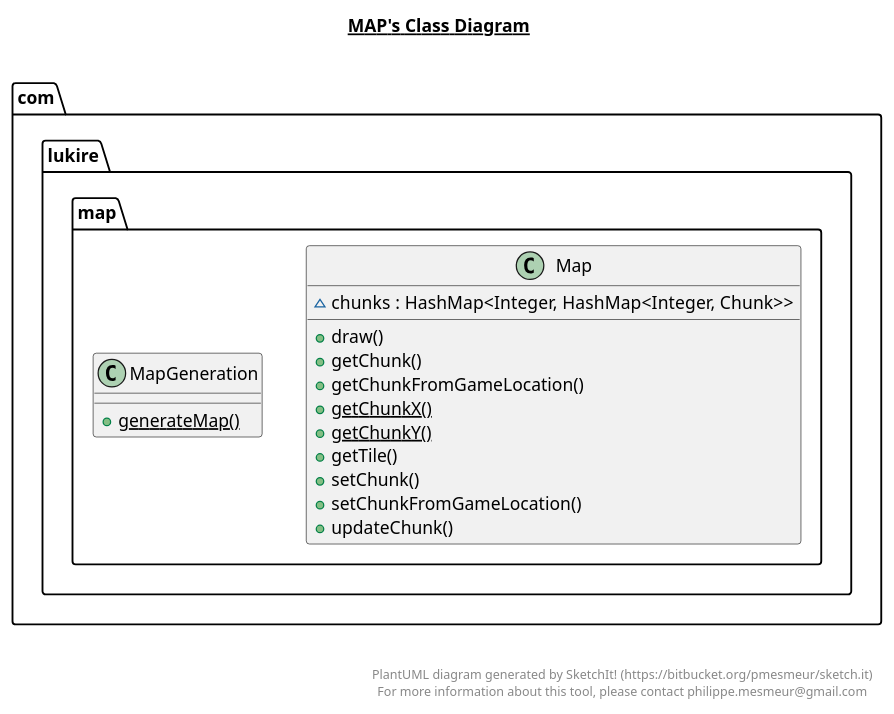
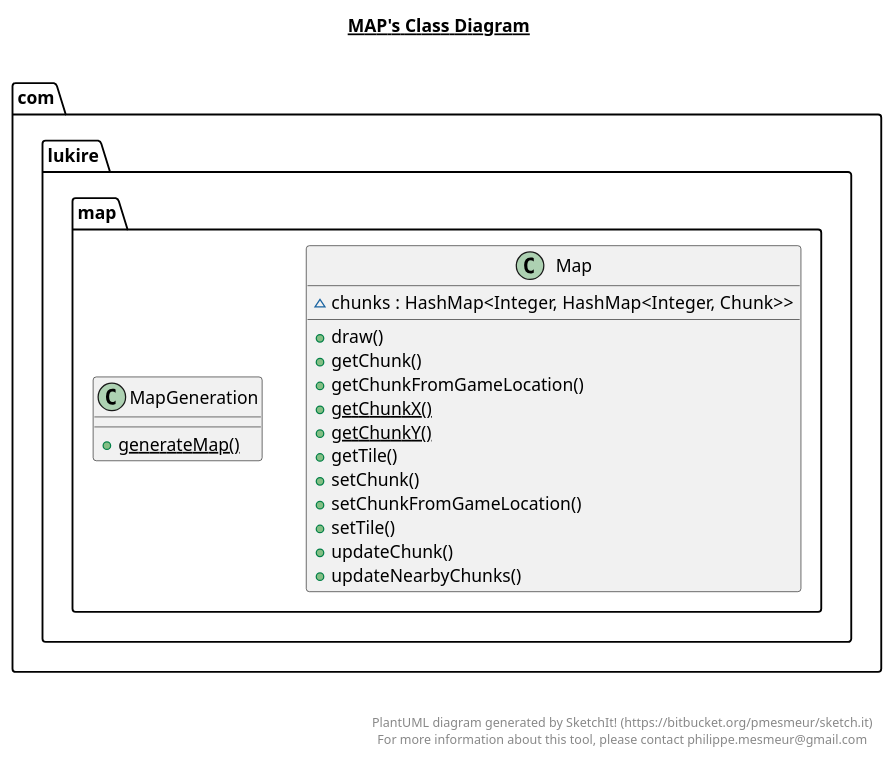
One commit to Lukires/school_cannon changed the diagram in src/main/java/com/lukire/map/map.plantuml. Above: the diagram before and after it, drawn with PlantUML. The commit also changed 11 other files, not shown here.

Commit message:
Added Javadocs & Updated UML

```diff
--- a/src/main/java/com/lukire/map/map.plantuml
+++ b/src/main/java/com/lukire/map/map.plantuml
@@ -1,37 +1,39 @@
 @startuml
 
 title __MAP's Class Diagram__\n
 
   namespace com.lukire.map {
     class com.lukire.map.Map {
         ~ chunks : HashMap<Integer, HashMap<Integer, Chunk>>
         + draw()
         + getChunk()
         + getChunkFromGameLocation()
         {static} + getChunkX()
         {static} + getChunkY()
         + getTile()
         + setChunk()
         + setChunkFromGameLocation()
+        + setTile()
         + updateChunk()
+        + updateNearbyChunks()
     }
   }
   
 
   namespace com.lukire.map {
     class com.lukire.map.MapGeneration {
         {static} + generateMap()
     }
   }
   
 
 
 
 right footer
 
 
 PlantUML diagram generated by SketchIt! (https://bitbucket.org/pmesmeur/sketch.it)
 For more information about this tool, please contact philippe.mesmeur@gmail.com
 endfooter
 
 @enduml
```
